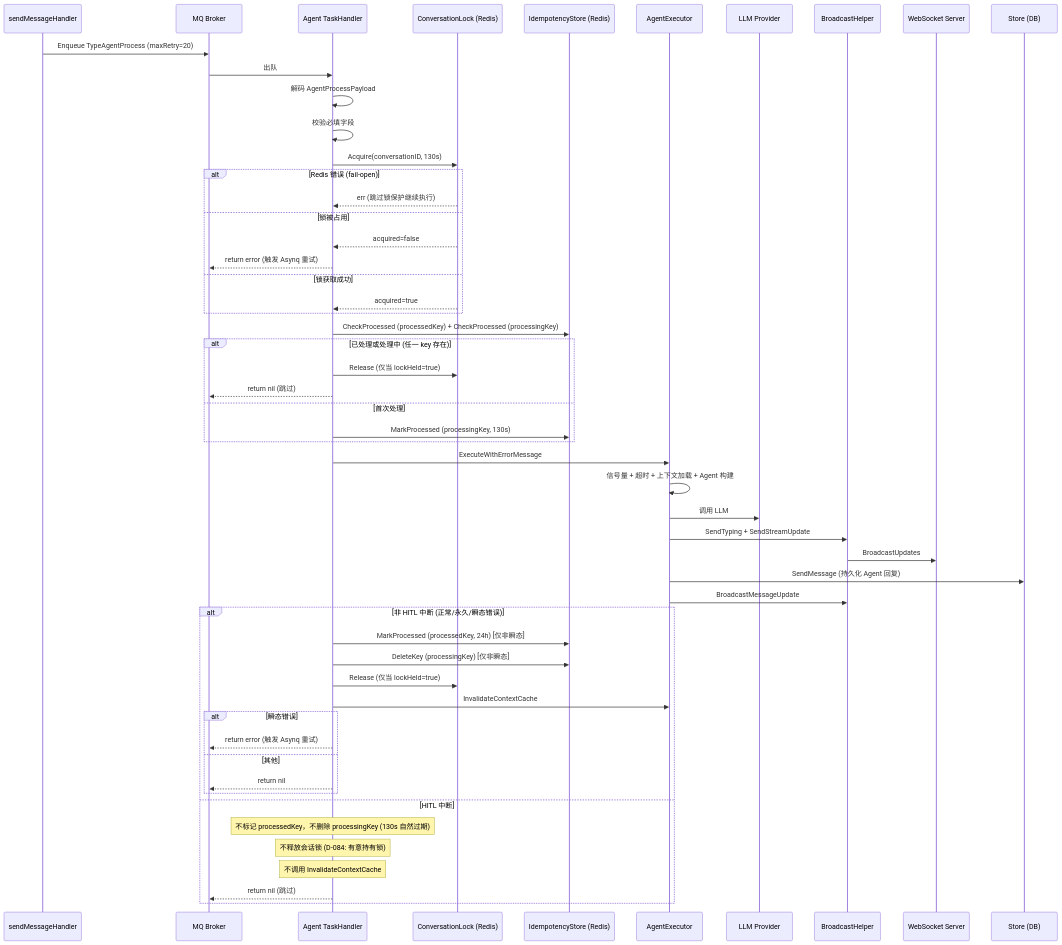
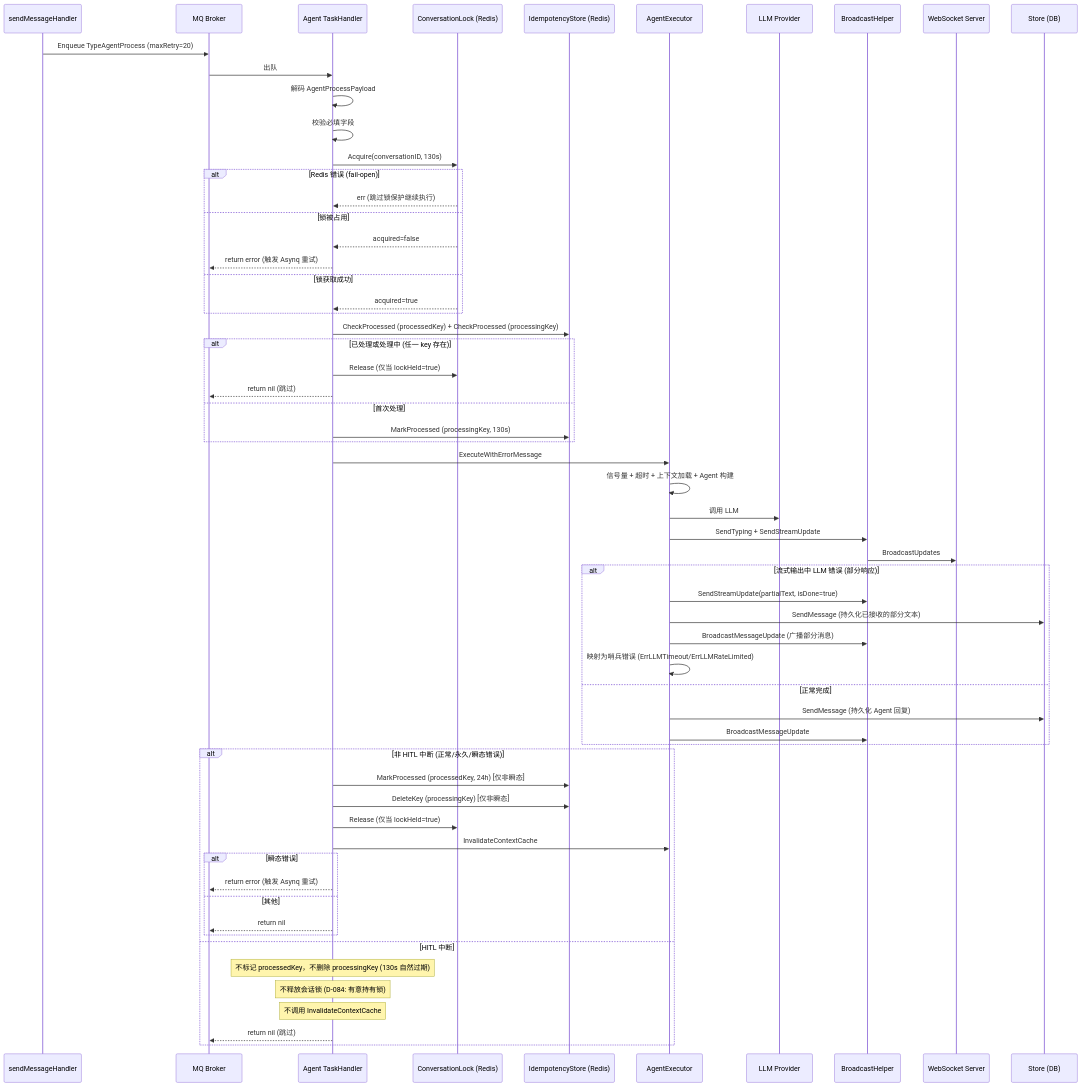
The second of 9 diagrams in wiki/flows/mq-async.md (PineappleBond/xyncra-server), drawn with Mermaid before and after one commit. The commit also changed other lines of this file and 12 other files, not shown here.

First line of the commit message:
docs(wiki): accuracy improvements across flow documents

````diff
--- a/wiki/flows/mq-async.md
+++ b/wiki/flows/mq-async.md
@@ -121,57 +121,64 @@
 ```mermaid
 sequenceDiagram
     participant SendMsg as sendMessageHandler
     participant Broker as MQ Broker
     participant Worker as Agent TaskHandler
     participant Lock as ConversationLock (Redis)
     participant Idem as IdempotencyStore (Redis)
     participant Exec as AgentExecutor
     participant LLM as LLM Provider
     participant BC as BroadcastHelper
     participant WS as WebSocket Server
     participant Store as Store (DB)
 
     SendMsg->>Broker: Enqueue TypeAgentProcess (maxRetry=20)
     Broker->>Worker: 出队
     Worker->>Worker: 解码 AgentProcessPayload
     Worker->>Worker: 校验必填字段
     Worker->>Lock: Acquire(conversationID, 130s)
     alt Redis 错误 (fail-open)
         Lock-->>Worker: err (跳过锁保护继续执行)
     else 锁被占用
         Lock-->>Worker: acquired=false
         Worker-->>Broker: return error (触发 Asynq 重试)
     else 锁获取成功
         Lock-->>Worker: acquired=true
     end
     Worker->>Idem: CheckProcessed (processedKey) + CheckProcessed (processingKey)
     alt 已处理或处理中 (任一 key 存在)
         Worker->>Lock: Release (仅当 lockHeld=true)
         Worker-->>Broker: return nil (跳过)
     else 首次处理
         Worker->>Idem: MarkProcessed (processingKey, 130s)
     end
     Worker->>Exec: ExecuteWithErrorMessage
     Exec->>Exec: 信号量 + 超时 + 上下文加载 + Agent 构建
     Exec->>LLM: 调用 LLM
     Exec->>BC: SendTyping + SendStreamUpdate
     BC->>WS: BroadcastUpdates
-    Exec->>Store: SendMessage (持久化 Agent 回复)
-    Exec->>BC: BroadcastMessageUpdate
+    alt 流式输出中 LLM 错误 (部分响应)
+        Exec->>BC: SendStreamUpdate(partialText, isDone=true)
+        Exec->>Store: SendMessage (持久化已接收的部分文本)
+        Exec->>BC: BroadcastMessageUpdate (广播部分消息)
+        Exec->>Exec: 映射为哨兵错误 (ErrLLMTimeout/ErrLLMRateLimited)
+    else 正常完成
+        Exec->>Store: SendMessage (持久化 Agent 回复)
+        Exec->>BC: BroadcastMessageUpdate
+    end
     alt 非 HITL 中断 (正常/永久/瞬态错误)
         Worker->>Idem: MarkProcessed (processedKey, 24h) [仅非瞬态]
         Worker->>Idem: DeleteKey (processingKey) [仅非瞬态]
         Worker->>Lock: Release (仅当 lockHeld=true)
         Worker->>Exec: InvalidateContextCache
         alt 瞬态错误
             Worker-->>Broker: return error (触发 Asynq 重试)
         else 其他
             Worker-->>Broker: return nil
         end
     else HITL 中断
         Note over Worker: 不标记 processedKey，不删除 processingKey (130s 自然过期)
         Note over Worker: 不释放会话锁 (D-084: 有意持有锁)
         Note over Worker: 不调用 InvalidateContextCache
         Worker-->>Broker: return nil (跳过)
     end
 ```
````
